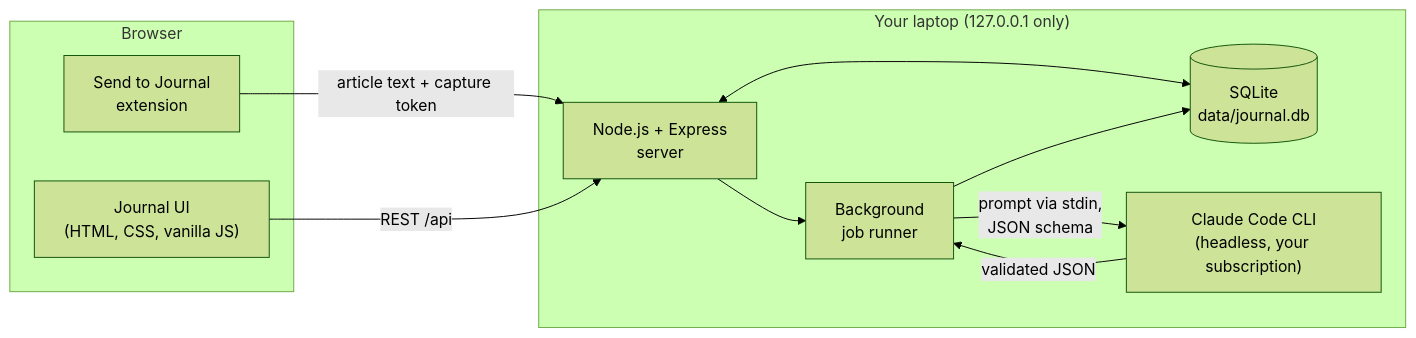
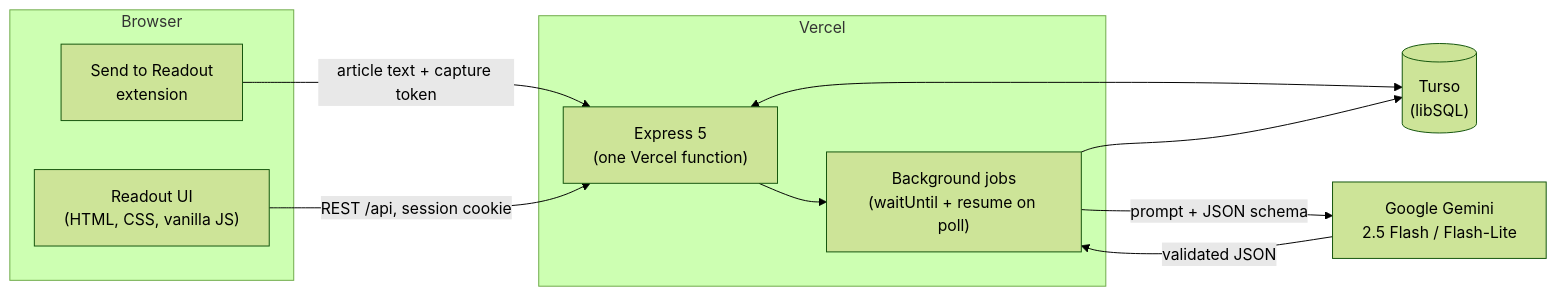
One commit to anshullmishra-png/business-reader-ai-journal changed the diagram in README.md. Above: the diagram before and after it, drawn with Mermaid (forest theme). The commit also changed other lines of this file and 31 other files, not shown here.

First line of the commit message:
Rename to Readout; one article a day; daily AI budget; real token logging

````diff
--- a/README.md
+++ b/README.md
@@ -60,20 +47,20 @@
 ```mermaid
 flowchart LR
   subgraph Browser
-    UI["Journal UI<br/>(HTML, CSS, vanilla JS)"]
-    EXT["Send to Journal<br/>extension"]
+    UI["Readout UI<br/>(HTML, CSS, vanilla JS)"]
+    EXT["Send to Readout<br/>extension"]
   end
-  subgraph Laptop["Your laptop (127.0.0.1 only)"]
-    API["Node.js + Express<br/>server"]
-    DB[("SQLite<br/>data/journal.db")]
-    JOBS["Background<br/>job runner"]
-    CC["Claude Code CLI<br/>(headless, your subscription)"]
+  subgraph Vercel
+    API["Express 5<br/>(one Vercel function)"]
+    JOBS["Background jobs<br/>(waitUntil + resume on poll)"]
   end
+  DB[("Turso<br/>(libSQL)")]
+  AI["Google Gemini<br/>2.5 Flash / Flash-Lite"]
   EXT -- "article text + capture token" --> API
-  UI -- "REST /api" --> API
+  UI -- "REST /api, session cookie" --> API
   API <--> DB
   API --> JOBS
-  JOBS -- "prompt via stdin,<br/>JSON schema" --> CC
-  CC -- "validated JSON" --> JOBS
+  JOBS -- "prompt + JSON schema" --> AI
+  AI -- "validated JSON" --> JOBS
   JOBS --> DB
 ```
````
